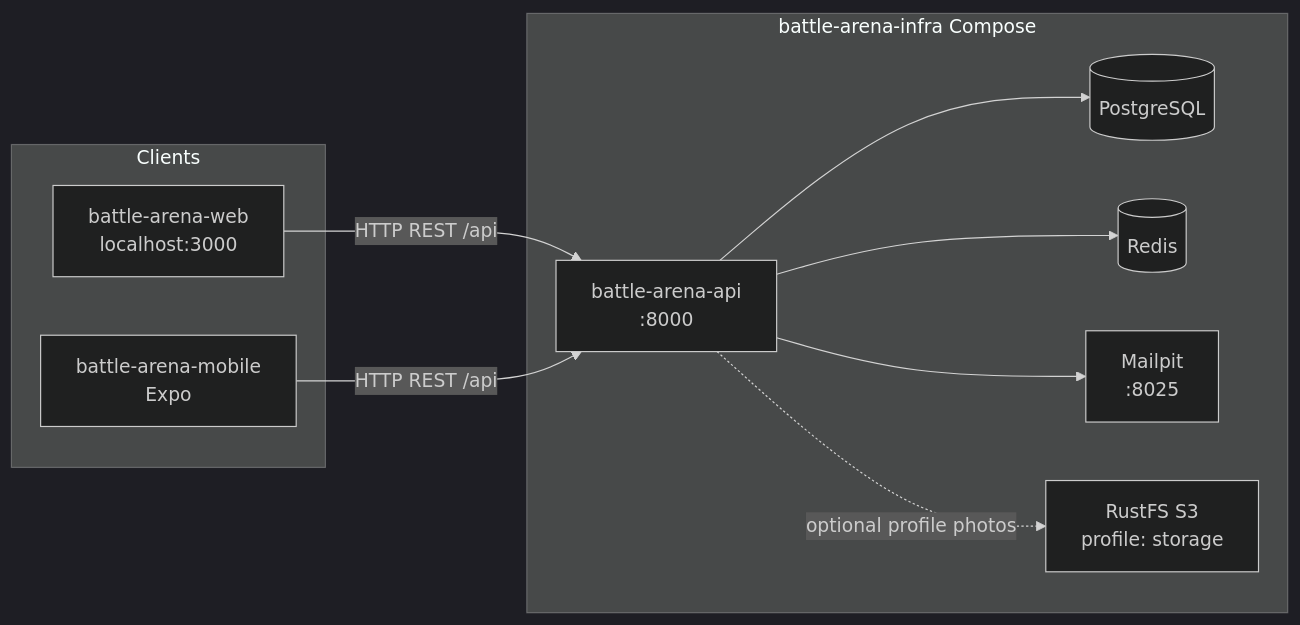
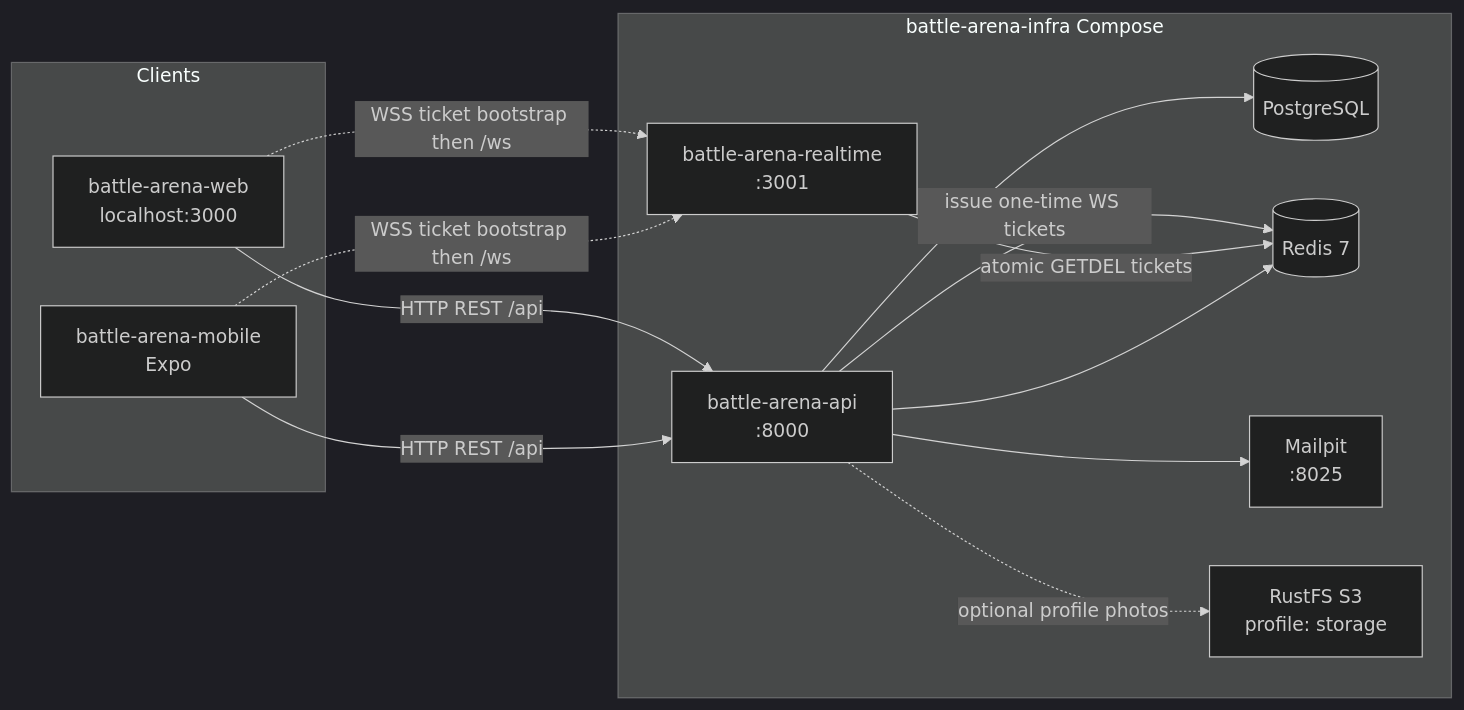
The diagram in README.md (davisa0876/battle-arena-infra), drawn with Mermaid (dark theme) before and after one commit. The commit also changed other lines of this file and 4 other files, not shown here.

````diff
--- a/README.md
+++ b/README.md
@@ -16,22 +37,27 @@
 ```mermaid
 flowchart LR
   subgraph clients [Clients]
     Web[battle-arena-web<br/>localhost:3000]
     Mobile[battle-arena-mobile<br/>Expo]
   end
 
   subgraph compose [battle-arena-infra Compose]
     API[battle-arena-api<br/>:8000]
+    RT[battle-arena-realtime<br/>:3001]
     PG[(PostgreSQL)]
-    Redis[(Redis)]
+    Redis[(Redis 7)]
     Mail[Mailpit<br/>:8025]
     S3[RustFS S3<br/>profile: storage]
   end
 
   Web -->|HTTP REST /api| API
   Mobile -->|HTTP REST /api| API
+  Web -.->|WSS ticket bootstrap then /ws| RT
+  Mobile -.->|WSS ticket bootstrap then /ws| RT
+  API -->|issue one-time WS tickets| Redis
+  RT -->|atomic GETDEL tickets| Redis
   API --> PG
   API --> Redis
   API --> Mail
   API -.->|optional profile photos| S3
 ```
````
